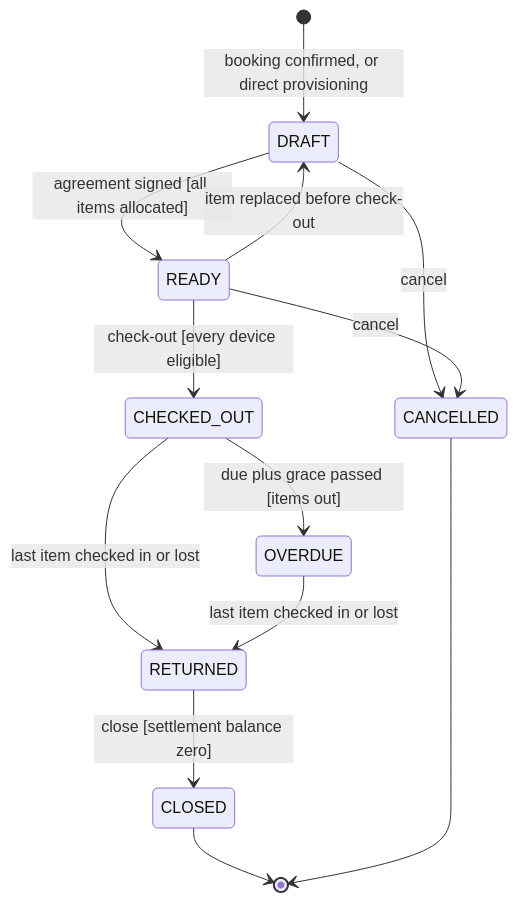
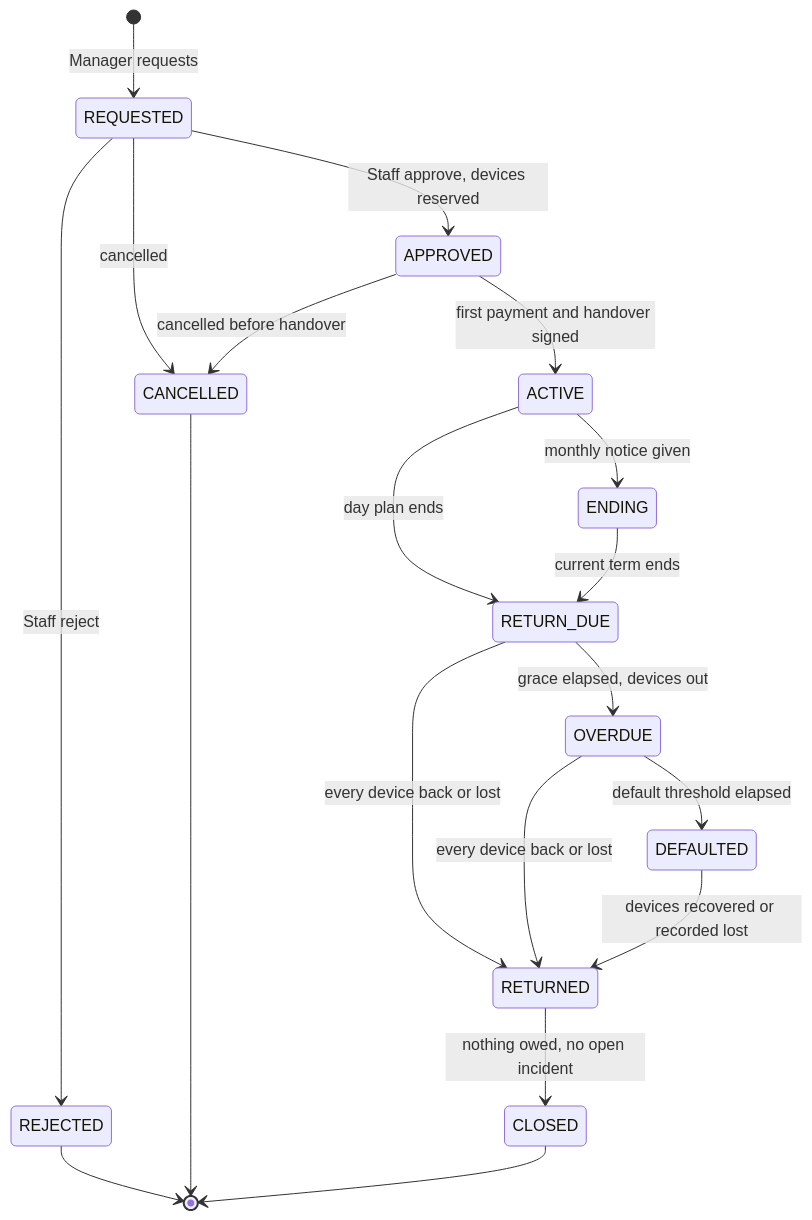
The second of 3 diagrams in specs/rentals/design.md (TrekLink-Team/treklink-web), drawn with Mermaid before and after one commit. The commit also changed other lines of this file and 367 other files, not shown here.

First line of the commit message:
docs: rewrite the module specs and schema from the rescoped SRS

````diff
--- a/specs/rentals/design.md
+++ b/specs/rentals/design.md
@@ -191,15 +43,21 @@
 ```mermaid
 stateDiagram-v2
-    [*] --> DRAFT: booking confirmed, or direct provisioning
-    DRAFT --> READY: agreement signed [all items allocated]
-    READY --> DRAFT: item replaced before check-out
-    READY --> CHECKED_OUT: check-out [every device eligible]
-    CHECKED_OUT --> OVERDUE: due plus grace passed [items out]
-    CHECKED_OUT --> RETURNED: last item checked in or lost
-    OVERDUE --> RETURNED: last item checked in or lost
-    RETURNED --> CLOSED: close [settlement balance zero]
-    DRAFT --> CANCELLED: cancel
-    READY --> CANCELLED: cancel
+    [*] --> REQUESTED : Manager requests
+    REQUESTED --> APPROVED : Staff approve, devices reserved
+    REQUESTED --> REJECTED : Staff reject
+    REQUESTED --> CANCELLED : cancelled
+    APPROVED --> CANCELLED : cancelled before handover
+    APPROVED --> ACTIVE : first payment and handover signed
+    ACTIVE --> ENDING : monthly notice given
+    ACTIVE --> RETURN_DUE : day plan ends
+    ENDING --> RETURN_DUE : current term ends
+    RETURN_DUE --> RETURNED : every device back or lost
+    RETURN_DUE --> OVERDUE : grace elapsed, devices out
+    OVERDUE --> RETURNED : every device back or lost
+    OVERDUE --> DEFAULTED : default threshold elapsed
+    DEFAULTED --> RETURNED : devices recovered or recorded lost
+    RETURNED --> CLOSED : nothing owed, no open incident
+    REJECTED --> [*]
+    CANCELLED --> [*]
     CLOSED --> [*]
-    CANCELLED --> [*]
 ```
````
